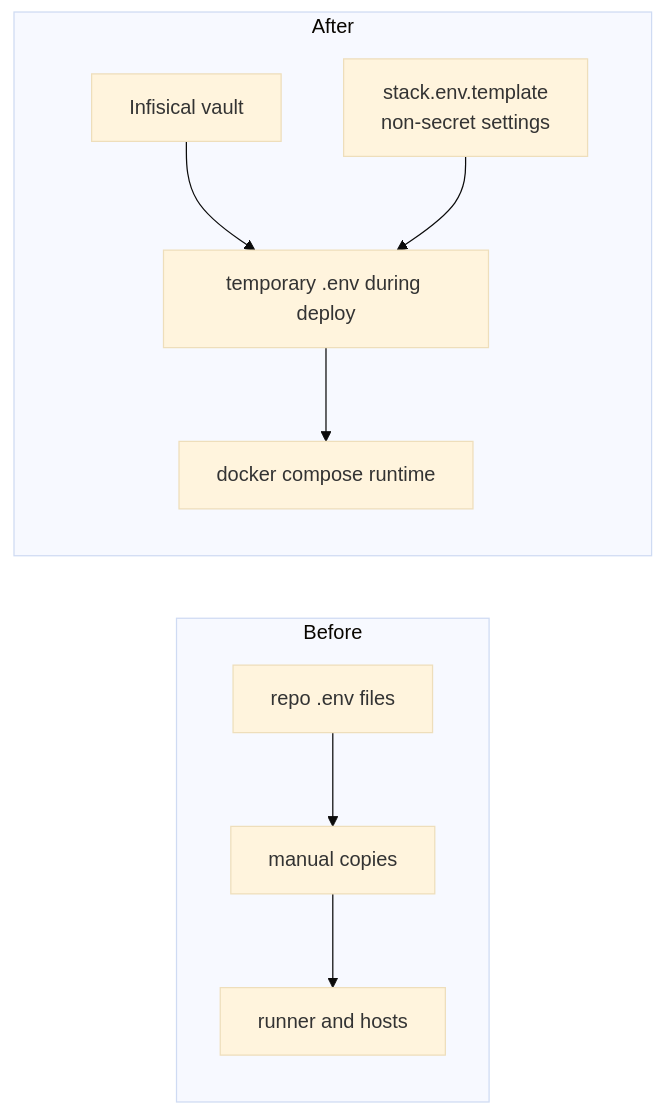
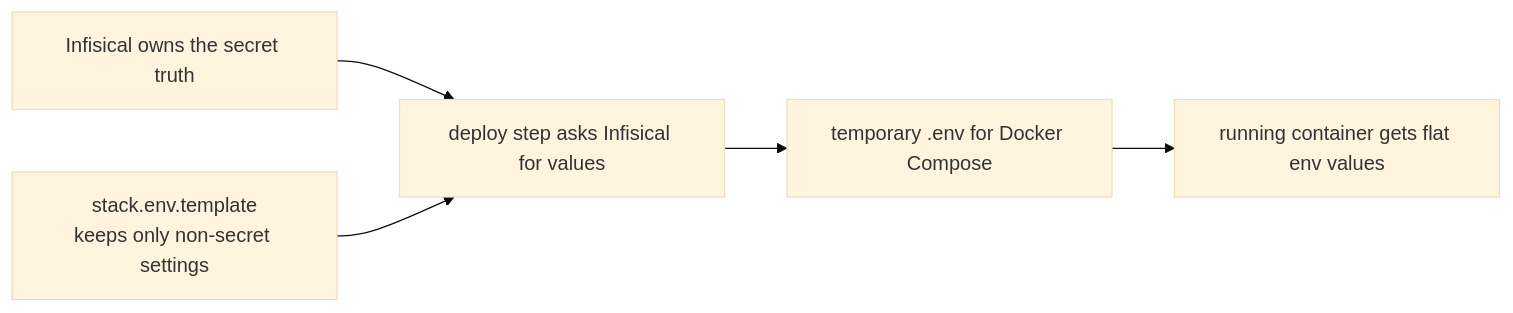
One commit to kriebb/kriebb.github.io changed the second of 3 diagrams in _posts/2026-03-09-why-i-finally-moved-my-homelab-secrets-out-of-env-files.md. Above: the diagram before and after it, drawn with Mermaid (base theme). The commit also changed other lines of this file and 15 other files, not shown here.

````diff
--- a/_posts/2026-03-09-why-i-finally-moved-my-homelab-secrets-out-of-env-files.md
+++ b/_posts/2026-03-09-why-i-finally-moved-my-homelab-secrets-out-of-env-files.md
@@ -61,20 +75,7 @@
 ```mermaid
 flowchart LR
-    subgraph Old["Before"]
-        A["repo .env files"]
-        B["manual copies"]
-        C["runner and hosts"]
-    end
-
-    subgraph New["After"]
-        V["Infisical vault"]
-        T["stack.env.template<br/>non-secret settings"]
-        E["temporary .env during deploy"]
-        R["docker compose runtime"]
-    end
-
-    A --> B --> C
-    V --> E
-    T --> E
-    E --> R
+    A1["Infisical owns the secret truth"] --> A2["deploy step asks Infisical for values"]
+    A3["stack.env.template<br/>keeps only non-secret settings"] --> A2
+    A2 --> A4["temporary .env for Docker Compose"]
+    A4 --> A5["running container gets flat env values"]
 ```
````
